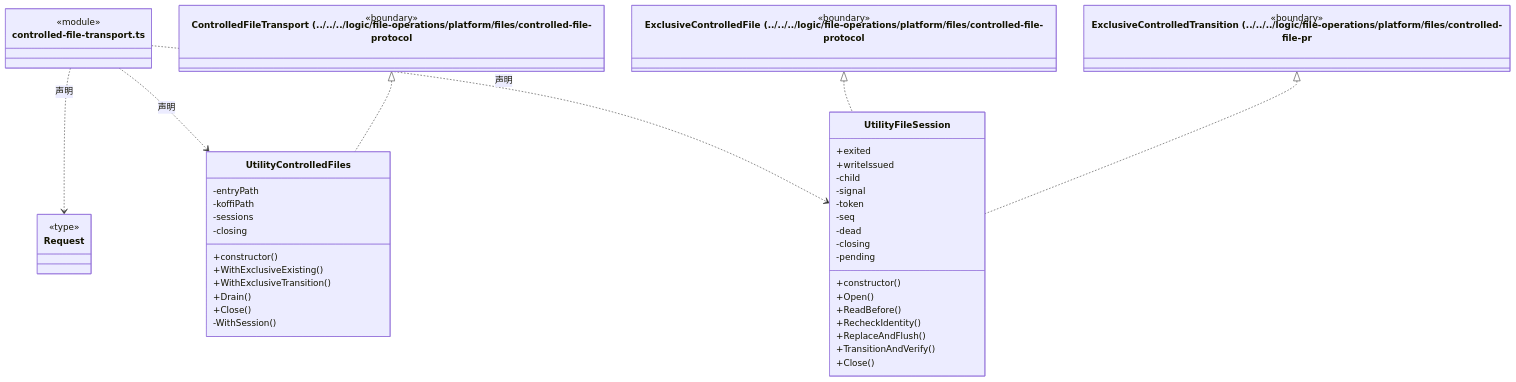
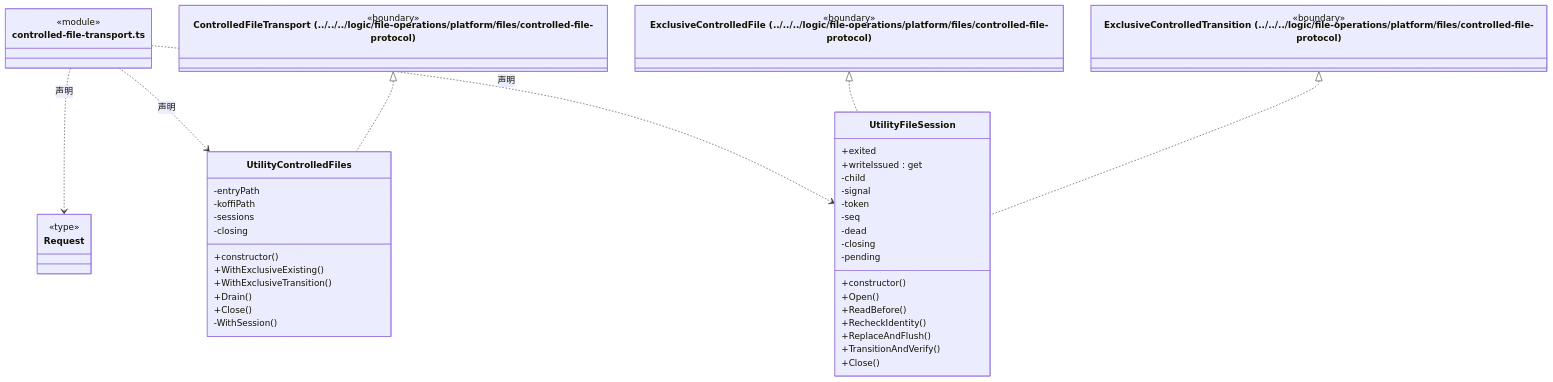
The third of 4 diagrams in src/bridge/server/platform/ARCHITECTURE.md (nan023062/cbim), drawn with Mermaid before and after one commit. The commit also changed other lines of this file and 137 other files, not shown here.

Commit message:
fix: align architecture generator with documentation standards

````diff
--- a/src/bridge/server/platform/ARCHITECTURE.md
+++ b/src/bridge/server/platform/ARCHITECTURE.md
@@ -64,55 +68,55 @@
 ```mermaid
 classDiagram
 class N_src_bridge_server_platform_controlled_file_transport_ts["controlled-file-transport.ts"] {
   <<module>>
 }
 class N_src_bridge_server_platform_controlled_file_transport_ts_Request["Request"] {
   <<type>>
 
 }
 N_src_bridge_server_platform_controlled_file_transport_ts ..> N_src_bridge_server_platform_controlled_file_transport_ts_Request : 声明
 class N_src_bridge_server_platform_controlled_file_transport_ts_UtilityControlledFiles["UtilityControlledFiles"] {
   +constructor()
   +WithExclusiveExisting()
   +WithExclusiveTransition()
   +Drain()
   +Close()
   -entryPath
   -koffiPath
   -sessions
   -closing
   -WithSession()
 }
 N_src_bridge_server_platform_controlled_file_transport_ts ..> N_src_bridge_server_platform_controlled_file_transport_ts_UtilityControlledFiles : 声明
-class N_src_bridge_server_platform_controlled_file_transport_ts_external_ControlledFileTransport["ControlledFileTransport (../../../logic/file-operations/platform/files/controlled-file-protocol"] {
+class N_src_bridge_server_platform_controlled_file_transport_ts_external_ControlledFileTransport["ControlledFileTransport (../../../logic/file-operations/platform/files/controlled-file-protocol)"] {
   <<boundary>>
 }
 N_src_bridge_server_platform_controlled_file_transport_ts_external_ControlledFileTransport <|.. N_src_bridge_server_platform_controlled_file_transport_ts_UtilityControlledFiles
 class N_src_bridge_server_platform_controlled_file_transport_ts_UtilityFileSession["UtilityFileSession"] {
   +exited
   +constructor()
-  +writeIssued
+  +writeIssued : get
   +Open()
   +ReadBefore()
   +RecheckIdentity()
   +ReplaceAndFlush()
   +TransitionAndVerify()
   +Close()
   -child
   -signal
   -token
   -seq
   -dead
   -closing
   -pending
 }
 N_src_bridge_server_platform_controlled_file_transport_ts ..> N_src_bridge_server_platform_controlled_file_transport_ts_UtilityFileSession : 声明
-class N_src_bridge_server_platform_controlled_file_transport_ts_external_ExclusiveControlledFile["ExclusiveControlledFile (../../../logic/file-operations/platform/files/controlled-file-protocol"] {
+class N_src_bridge_server_platform_controlled_file_transport_ts_external_ExclusiveControlledFile["ExclusiveControlledFile (../../../logic/file-operations/platform/files/controlled-file-protocol)"] {
   <<boundary>>
 }
 N_src_bridge_server_platform_controlled_file_transport_ts_external_ExclusiveControlledFile <|.. N_src_bridge_server_platform_controlled_file_transport_ts_UtilityFileSession
-class N_src_bridge_server_platform_controlled_file_transport_ts_external_ExclusiveControlledTransition["ExclusiveControlledTransition (../../../logic/file-operations/platform/files/controlled-file-pr"] {
+class N_src_bridge_server_platform_controlled_file_transport_ts_external_ExclusiveControlledTransition["ExclusiveControlledTransition (../../../logic/file-operations/platform/files/controlled-file-protocol)"] {
   <<boundary>>
 }
 N_src_bridge_server_platform_controlled_file_transport_ts_external_ExclusiveControlledTransition <|.. N_src_bridge_server_platform_controlled_file_transport_ts_UtilityFileSession
 ```
````
